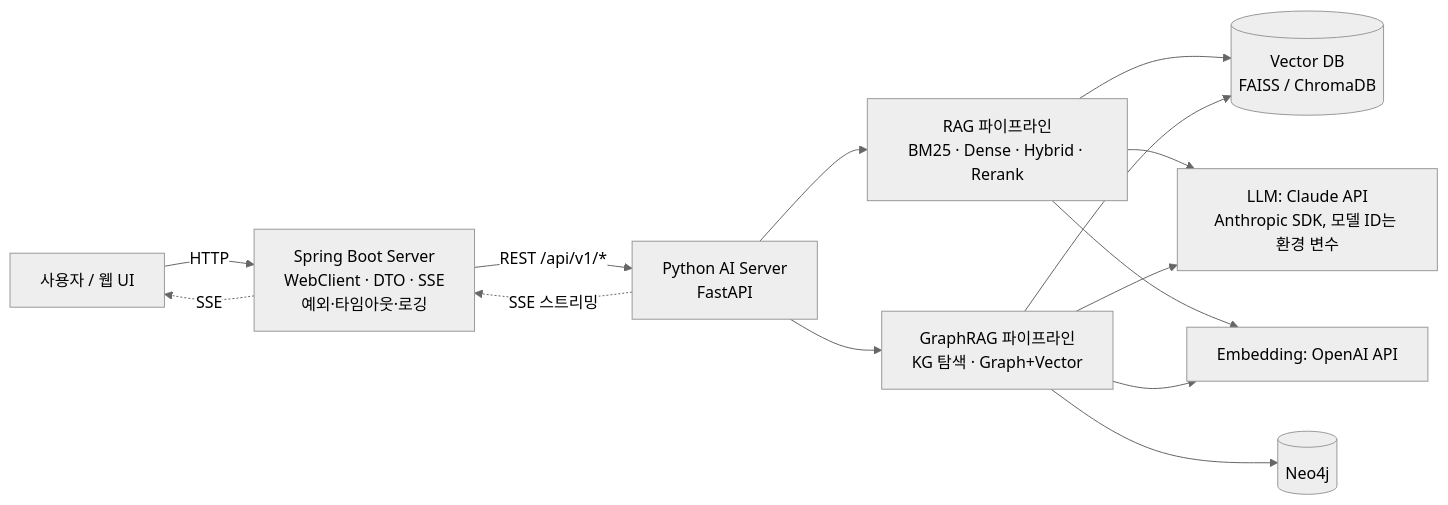
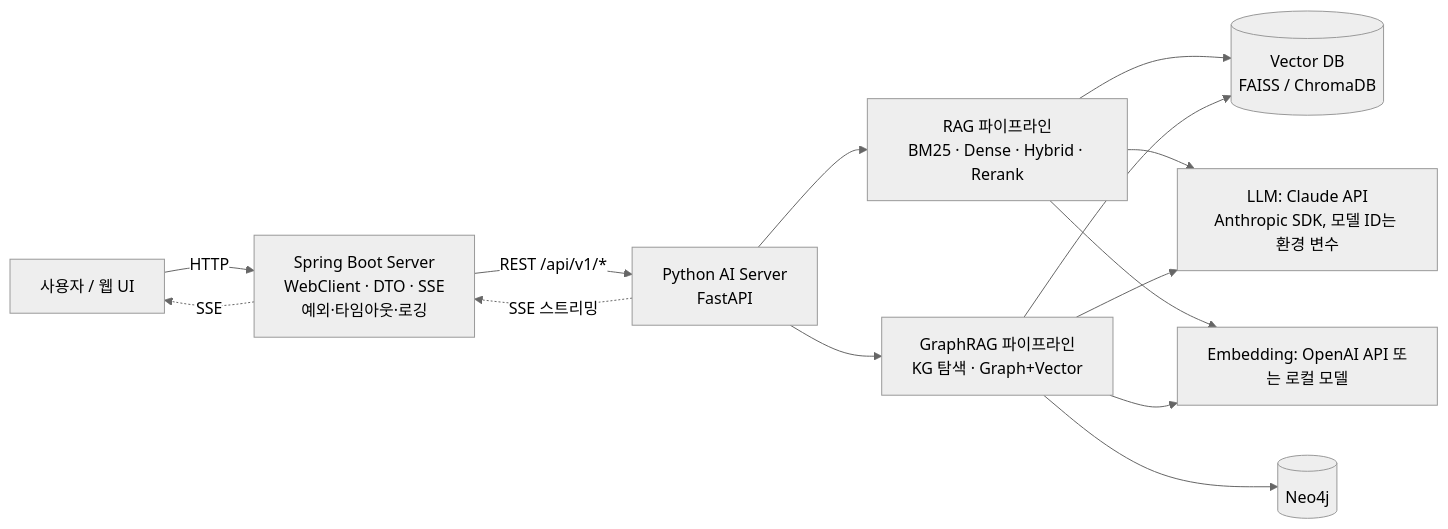
One commit to TD-Kim/ai-engineering-lab changed the diagram in docs/ARCHITECTURE.md. Above: the diagram before and after it, drawn with Mermaid (neutral theme). The commit also changed other lines of this file and 34 other files, not shown here.

````diff
--- a/docs/ARCHITECTURE.md
+++ b/docs/ARCHITECTURE.md
@@ -76,16 +9,16 @@
 ```mermaid
 flowchart LR
     U[사용자 / 웹 UI] -->|HTTP| SB[Spring Boot Server<br/>WebClient · DTO · SSE<br/>예외·타임아웃·로깅]
     SB -->|REST /api/v1/*| PY[Python AI Server<br/>FastAPI]
     PY --> RAG[RAG 파이프라인<br/>BM25 · Dense · Hybrid · Rerank]
     PY --> GR[GraphRAG 파이프라인<br/>KG 탐색 · Graph+Vector]
     RAG --> VDB[(Vector DB<br/>FAISS / ChromaDB)]
     GR --> NEO[(Neo4j)]
     GR --> VDB
     RAG --> LLM[LLM: Claude API<br/>Anthropic SDK, 모델 ID는 환경 변수]
     GR --> LLM
-    RAG --> EMB[Embedding: OpenAI API]
+    RAG --> EMB[Embedding: OpenAI API 또는 로컬 모델]
     GR --> EMB
     PY -.->|SSE 스트리밍| SB
     SB -.->|SSE| U
 ```
````
